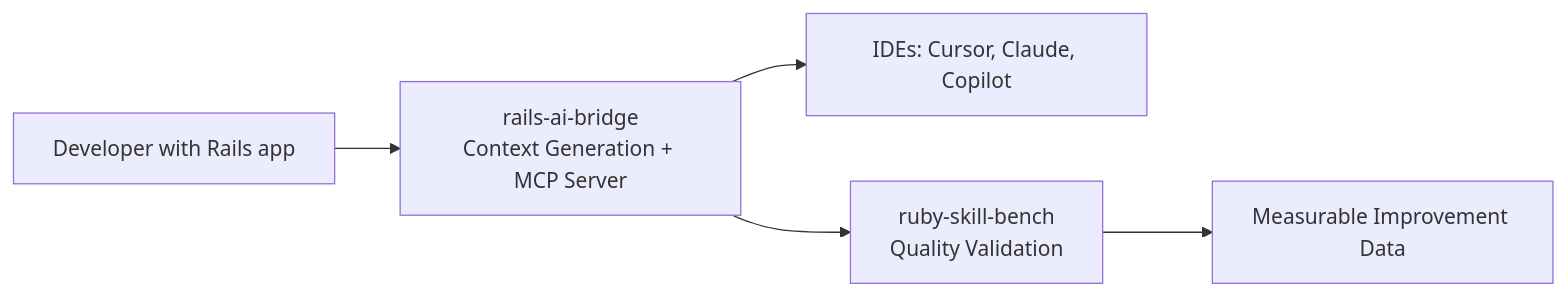
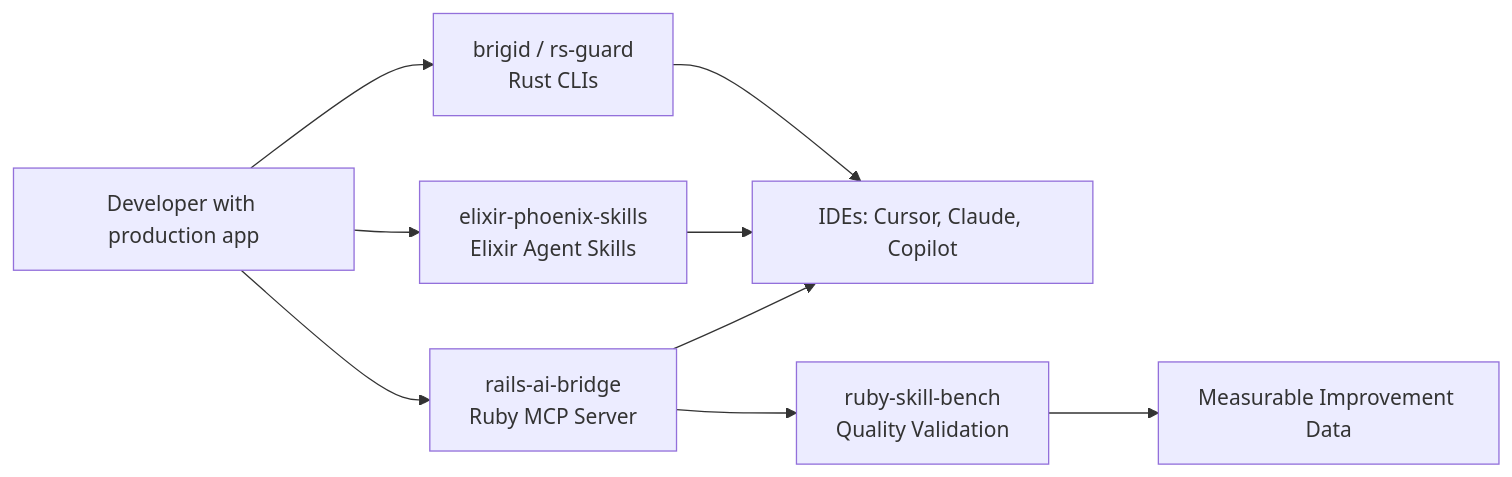
One commit to igmarin/igmarin changed the diagram in README.md. Above: the diagram before and after it, drawn with Mermaid. The commit also changed other lines of this file and 1 other file, not shown here.

First line of the commit message:
Reposition GitHub profile for Ruby · Elixir · Rust staff-engineering narrative.

````diff
--- a/README.md
+++ b/README.md
@@ -28,7 +48,11 @@
 ```mermaid
 flowchart LR
-    Developer[Developer with Rails app] --> Bridge[rails-ai-bridge<br/>Context Generation + MCP Server]
-    Bridge --> IDEs[IDEs: Cursor, Claude, Copilot]
-    Bridge --> Bench[ruby-skill-bench<br/>Quality Validation]
+    Developer[Developer with production app] --> Ruby[rails-ai-bridge<br/>Ruby MCP Server]
+    Developer --> Elixir[elixir-phoenix-skills<br/>Elixir Agent Skills]
+    Developer --> Rust[brigid / rs-guard<br/>Rust CLIs]
+    Ruby --> IDEs[IDEs: Cursor, Claude, Copilot]
+    Elixir --> IDEs
+    Rust --> IDEs
+    Ruby --> Bench[ruby-skill-bench<br/>Quality Validation]
     Bench --> Results[Measurable Improvement Data]
 ```
````
